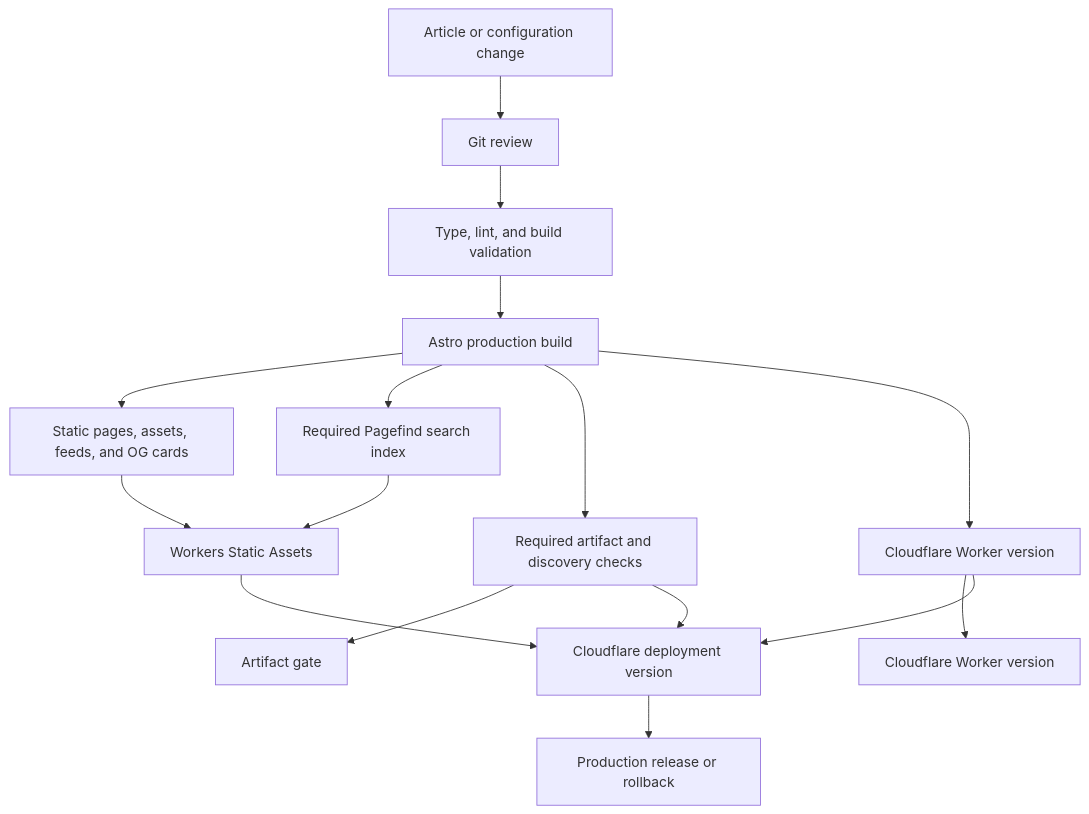
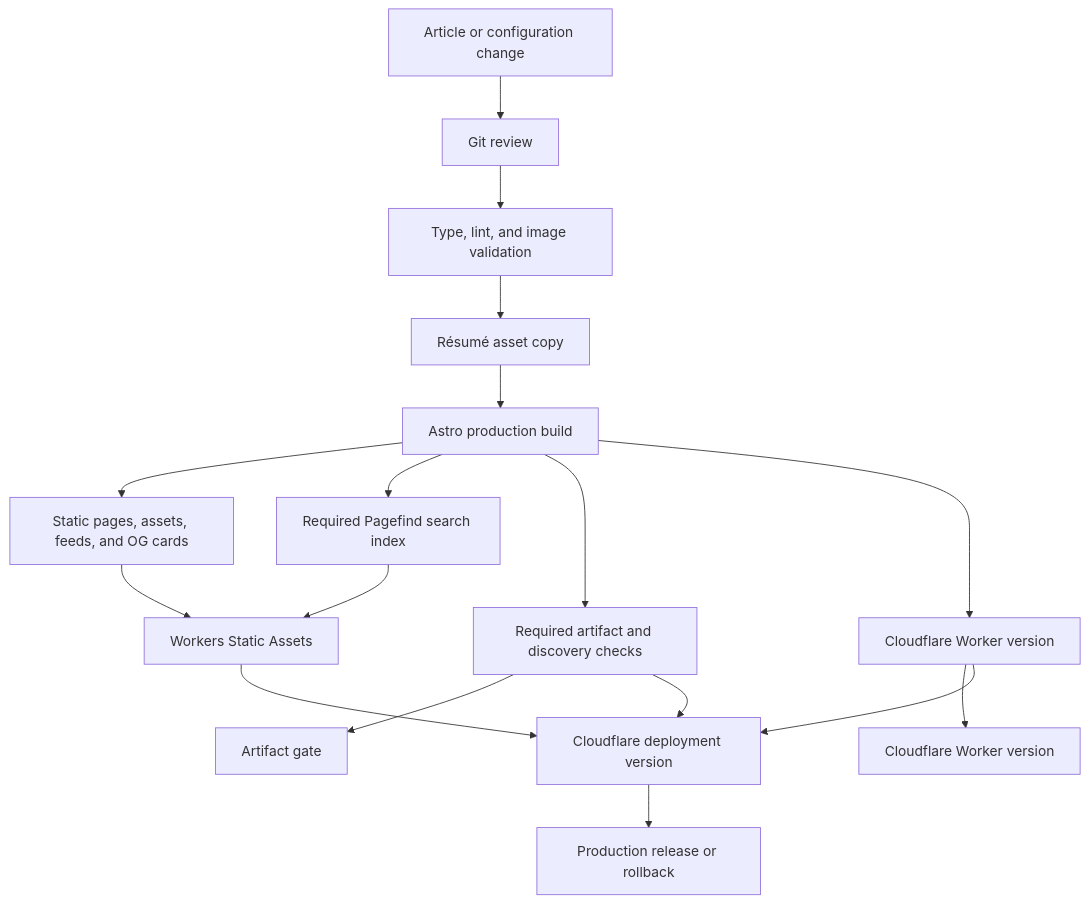
Before and after one commit to piyush97/PiyushMehta.com: the third of 5 diagrams in docs/architecture/system-architecture.md, drawn with Mermaid. The commit also changed other lines of this file and 53 other files, not shown here.

````diff
--- a/docs/architecture/system-architecture.md
+++ b/docs/architecture/system-architecture.md
@@ -163,18 +154,19 @@
 ```mermaid
 flowchart TB
   A[Article or configuration change] --> B[Git review]
-  B --> C[Type, lint, and build validation]
-  C --> D[Astro production build]
+  B --> C[Type, lint, and image validation]
+  C --> R[Résumé asset copy]
+  R --> D[Astro production build]
   D --> E[Static pages, assets, feeds, and OG cards]
   D --> F[Required Pagefind search index]
   D --> G[Required artifact and discovery checks]
   D --> H[Cloudflare Worker version]
   E --> I[Workers Static Assets]
   F --> I
   G --> J[Artifact gate]
   H --> K[Cloudflare Worker version]
   I --> L[Cloudflare deployment version]
   G --> L
   H --> L
   L --> M[Production release or rollback]
 ```
````
